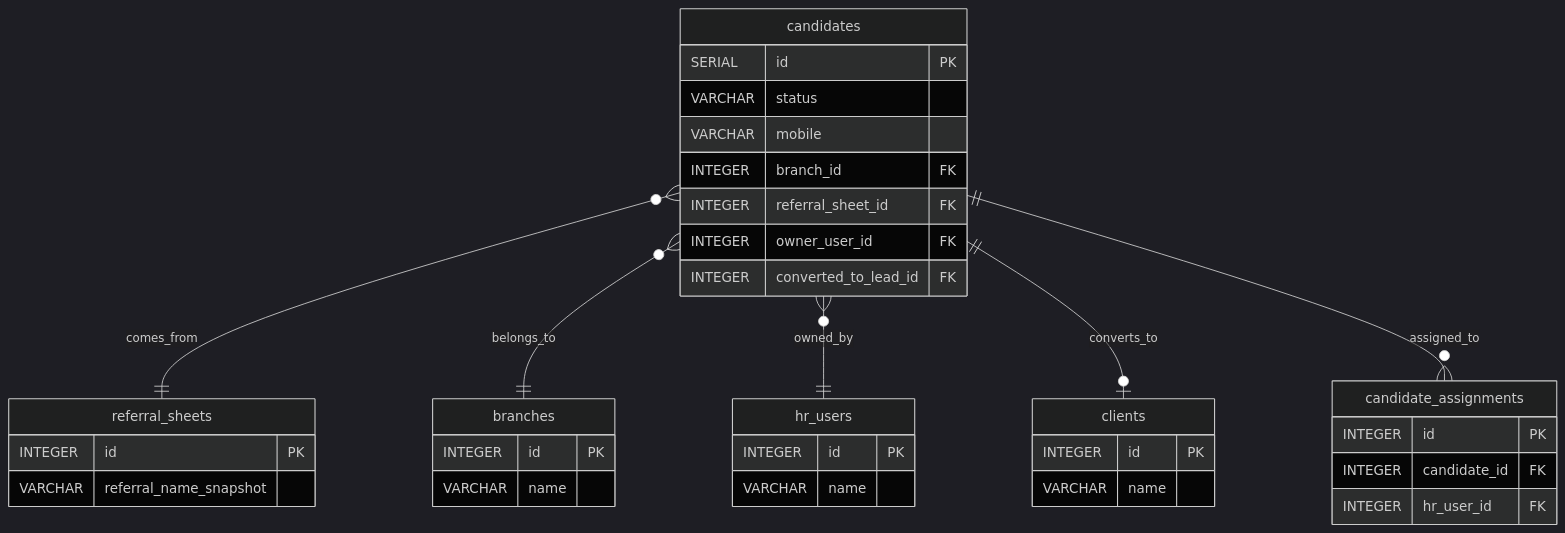
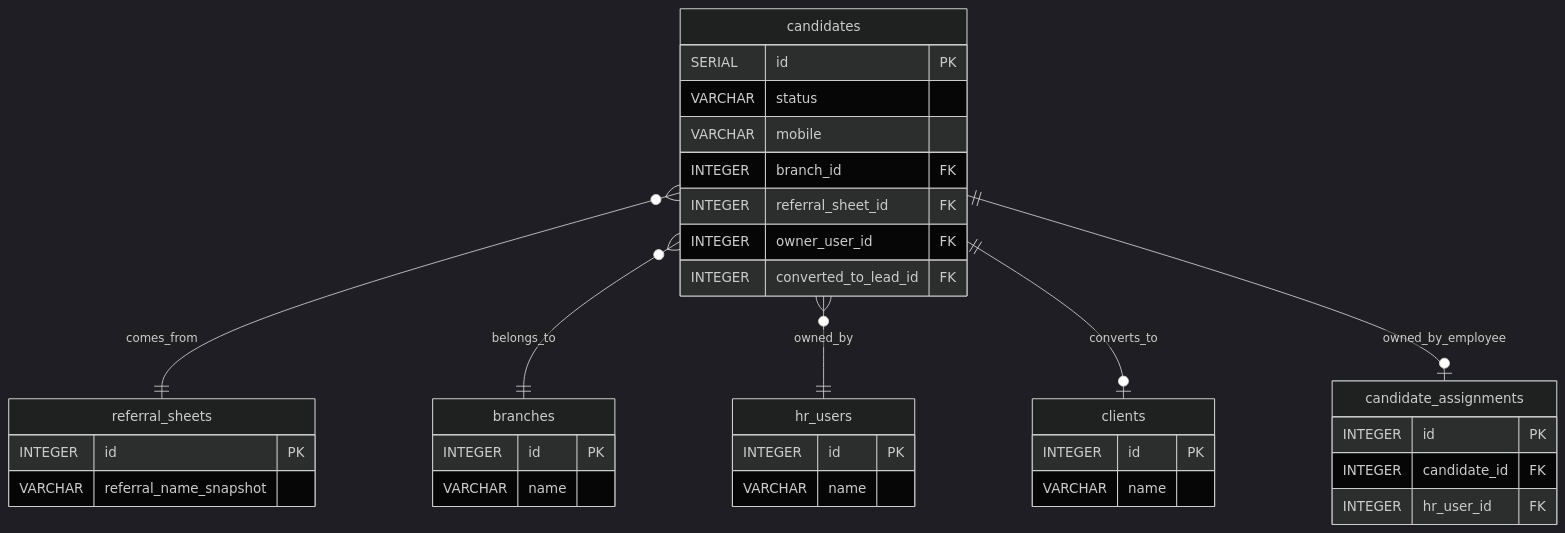
Before and after one commit to Sniperof/GoldenGroup2: the diagram in docs/constitution/domains/candidates.md, drawn with Mermaid (dark theme). The commit also changed other lines of this file and 34 other files, not shown here.

````diff
--- a/docs/constitution/domains/candidates.md
+++ b/docs/constitution/domains/candidates.md
@@ -105,39 +115,39 @@
 ```mermaid
 erDiagram
     candidates {
         SERIAL id PK
         VARCHAR status
         VARCHAR mobile
         INTEGER branch_id FK
         INTEGER referral_sheet_id FK
         INTEGER owner_user_id FK
         INTEGER converted_to_lead_id FK
     }
     referral_sheets {
         INTEGER id PK
         VARCHAR referral_name_snapshot
     }
     branches {
         INTEGER id PK
         VARCHAR name
     }
     clients {
         INTEGER id PK
         VARCHAR name
     }
     hr_users {
         INTEGER id PK
         VARCHAR name
     }
     candidate_assignments {
         INTEGER id PK
         INTEGER candidate_id FK
         INTEGER hr_user_id FK
     }
 
     candidates }o--|| referral_sheets : "comes_from"
     candidates }o--|| branches : "belongs_to"
     candidates }o--|| hr_users : "owned_by"
     candidates ||--o| clients : "converts_to"
-    candidates ||--o{ candidate_assignments : "assigned_to"
+    candidates ||--o| candidate_assignments : "owned_by_employee"
 ```
````
